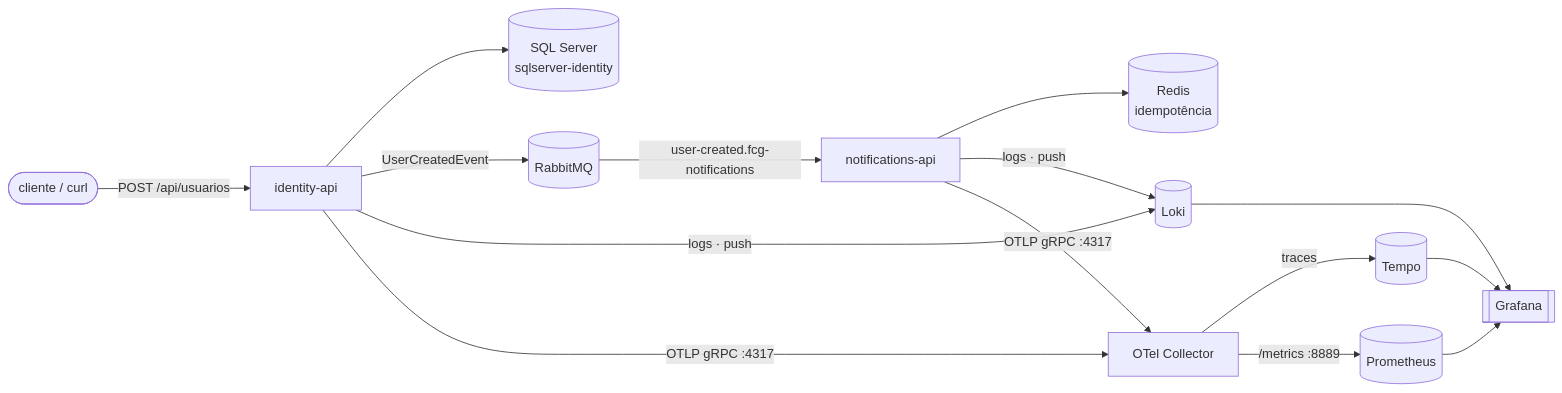
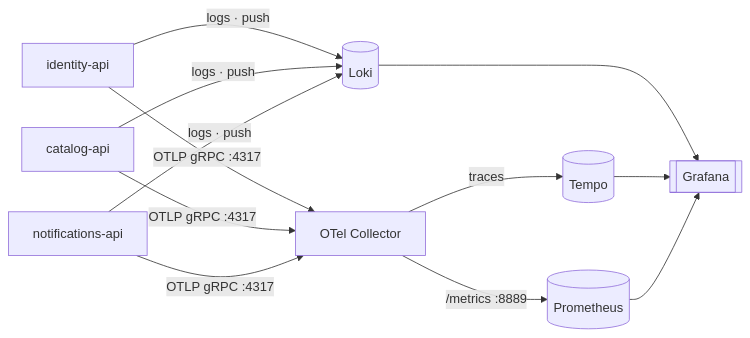
One commit to reinaldogez/fcg-ops changed the second of 2 diagrams in README.md. Above: the diagram before and after it, drawn with Mermaid. The commit also changed other lines of this file, not shown here.

First line of the commit message:
docs: documenta o catalog no README

````diff
--- a/README.md
+++ b/README.md
@@ -20,21 +48,17 @@
 ```mermaid
 flowchart LR
-  client([cliente / curl]) -->|POST /api/usuarios| api[identity-api]
+  api[identity-api] -->|logs · push| loki[(Loki)]
+  cat[catalog-api] -->|logs · push| loki
+  notif[notifications-api] -->|logs · push| loki
 
-  api --> sql[(SQL Server<br/>sqlserver-identity)]
-  api -->|UserCreatedEvent| mq[(RabbitMQ)]
+  api -->|OTLP gRPC :4317| col[OTel Collector]
+  cat -->|OTLP gRPC :4317| col
+  notif -->|OTLP gRPC :4317| col
 
-  mq -->|user-created.fcg-notifications| notif[notifications-api]
-  notif --> redis[(Redis<br/>idempotência)]
-
-  api -->|logs · push| loki[(Loki)]
-  notif -->|logs · push| loki
-  api -->|OTLP gRPC :4317| col[OTel Collector]
-  notif -->|OTLP gRPC :4317| col
   col -->|traces| tempo[(Tempo)]
   col -->|/metrics :8889| prom[(Prometheus)]
 
   loki --> graf[[Grafana]]
   tempo --> graf
   prom --> graf
 ```
````
